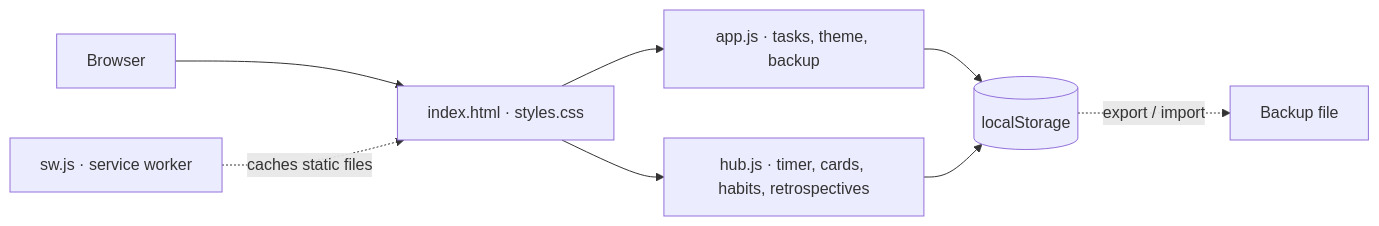
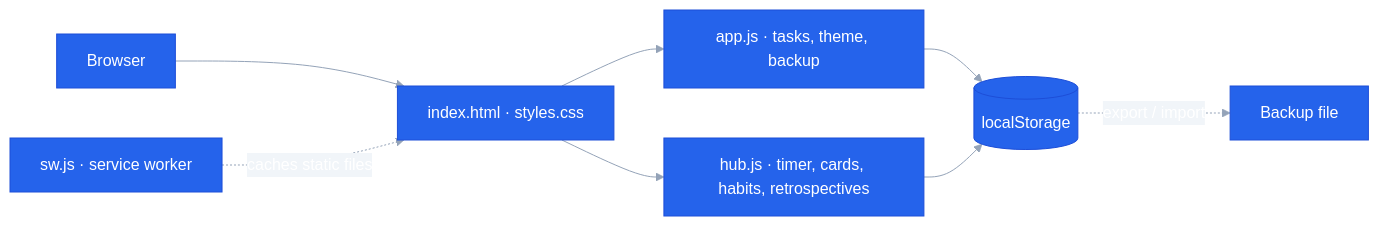
Before and after one commit to devjwk/my-study-hub: the diagram in README.md, drawn with Mermaid. The commit also changed other lines of this file and 1 other file, not shown here.

Commit message:
Add concept banner and color theme to README

````diff
--- a/README.md
+++ b/README.md
@@ -58,10 +54,11 @@
 ```mermaid
+%%{init: {"theme": "base", "themeVariables": {"primaryColor": "#2563EB", "primaryTextColor": "#ffffff", "primaryBorderColor": "#1D4ED8", "lineColor": "#94A3B8", "secondaryColor": "#0EA5E9", "tertiaryColor": "#1D4ED8", "clusterBkg": "#F8FAFC", "clusterBorder": "#94A3B8", "edgeLabelBackground": "#F1F5F9", "fontFamily": "ui-sans-serif, system-ui, sans-serif"}}}%%
 flowchart LR
     U["Browser"] --> H["index.html · styles.css"]
     H --> A["app.js · tasks, theme, backup"]
     H --> B["hub.js · timer, cards, habits, retrospectives"]
     A --> S[("localStorage")]
     B --> S
     W["sw.js · service worker"] -.->|"caches static files"| H
     S -.->|"export / import"| F["Backup file"]
 ```
````
